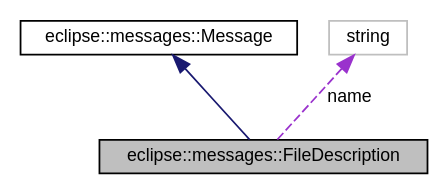
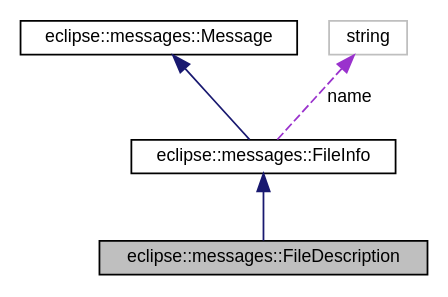
One commit to DICL/VeloxDFS changed the diagram in structeclipse_1_1messages_1_1FileDescription__coll__graph.dot. Above: the diagram before and after it, drawn with Graphviz. The commit also changed 276 other files, not shown here.

```diff
--- a/structeclipse_1_1messages_1_1FileDescription__coll__graph.dot
+++ b/structeclipse_1_1messages_1_1FileDescription__coll__graph.dot
@@ -1,10 +1,12 @@
 digraph G
 {
   edge [fontname="Helvetica",fontsize="10",labelfontname="Helvetica",labelfontsize="10"];
   node [fontname="Helvetica",fontsize="10",shape=record];
   Node1 [label="eclipse::messages::FileDescription",height=0.2,width=0.4,color="black", fillcolor="grey75", style="filled" fontcolor="black"];
   Node2 -> Node1 [dir="back",color="midnightblue",fontsize="10",style="solid",fontname="Helvetica"];
-  Node2 [label="eclipse::messages::Message",height=0.2,width=0.4,color="black", fillcolor="white", style="filled",URL="$structeclipse_1_1messages_1_1Message.html"];
-  Node3 -> Node1 [dir="back",color="darkorchid3",fontsize="10",style="dashed",label=" name" ,fontname="Helvetica"];
-  Node3 [label="string",height=0.2,width=0.4,color="grey75", fillcolor="white", style="filled"];
+  Node2 [label="eclipse::messages::FileInfo",height=0.2,width=0.4,color="black", fillcolor="white", style="filled",URL="$structeclipse_1_1messages_1_1FileInfo.html"];
+  Node3 -> Node2 [dir="back",color="midnightblue",fontsize="10",style="solid",fontname="Helvetica"];
+  Node3 [label="eclipse::messages::Message",height=0.2,width=0.4,color="black", fillcolor="white", style="filled",URL="$structeclipse_1_1messages_1_1Message.html"];
+  Node4 -> Node2 [dir="back",color="darkorchid3",fontsize="10",style="dashed",label=" name" ,fontname="Helvetica"];
+  Node4 [label="string",height=0.2,width=0.4,color="grey75", fillcolor="white", style="filled"];
 }
```
